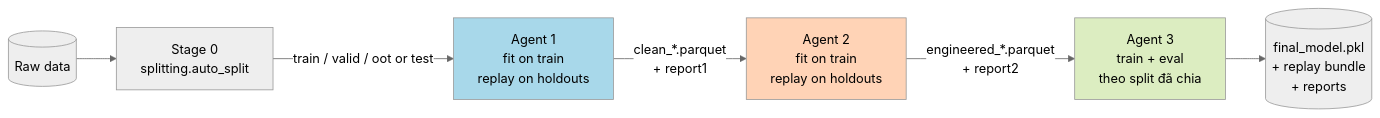
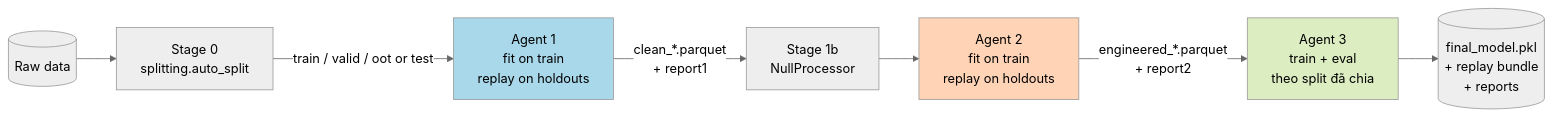
One commit to baongoc83/Multi-Agent-Auto-ML_NB changed the fourth of 25 diagrams in docs/architecture.md. Above: the diagram before and after it, drawn with Mermaid (neutral theme). The commit also changed other lines of this file and 6 other files, not shown here.

````diff
--- a/docs/architecture.md
+++ b/docs/architecture.md
@@ -135,12 +148,13 @@
 ```mermaid
 flowchart LR
     Raw[(Raw data)] --> SP[Stage 0<br/>splitting.auto_split]
     SP -->|"train / valid / oot or test"| A1
-    A1[Agent 1<br/>fit on train<br/>replay on holdouts] -->|clean_*.parquet<br/>+ report1| A2
+    A1[Agent 1<br/>fit on train<br/>replay on holdouts] -->|clean_*.parquet<br/>+ report1| NP1[Stage 1b<br/>NullProcessor]
+    NP1 --> A2
     A2[Agent 2<br/>fit on train<br/>replay on holdouts] -->|engineered_*.parquet<br/>+ report2| A3
     A3[Agent 3<br/>train + eval<br/>theo split đã chia] --> Outs[(final_model.pkl<br/>+ replay bundle<br/>+ reports)]
 
     style A1 fill:#a8d8ea
     style A2 fill:#ffd3b6
     style A3 fill:#dcedc1
 ```
````
